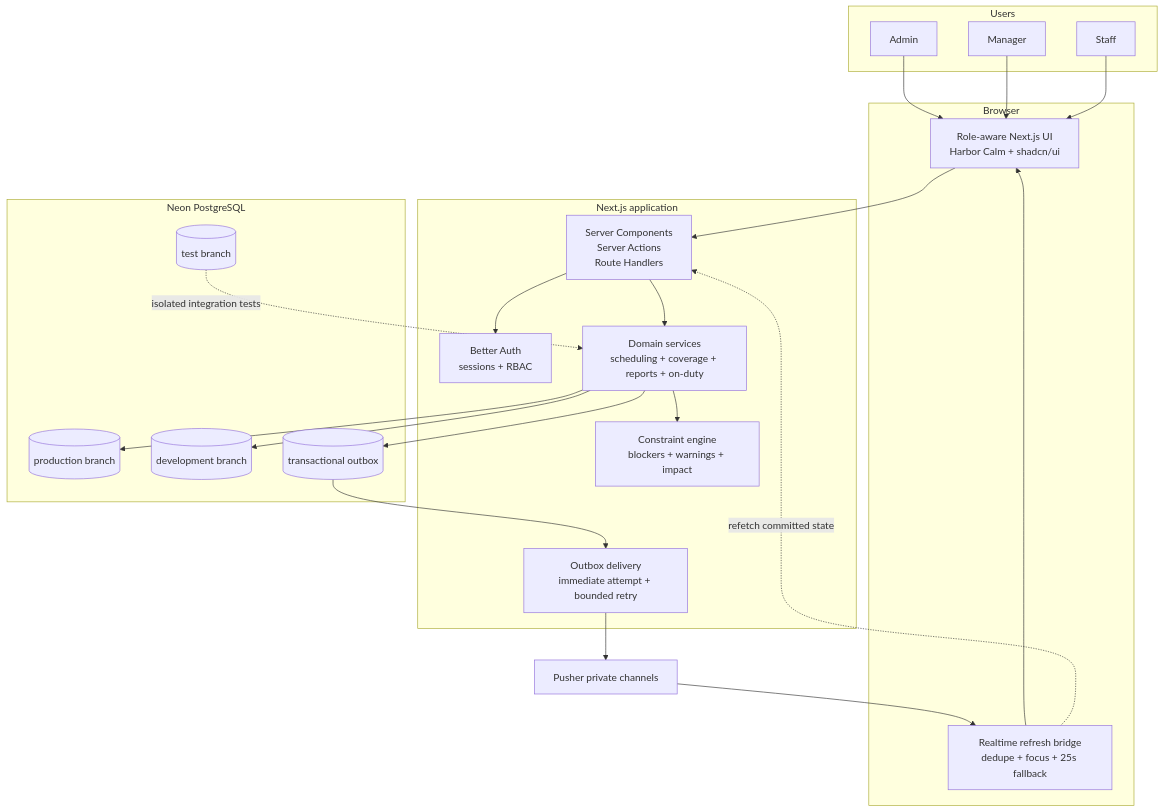
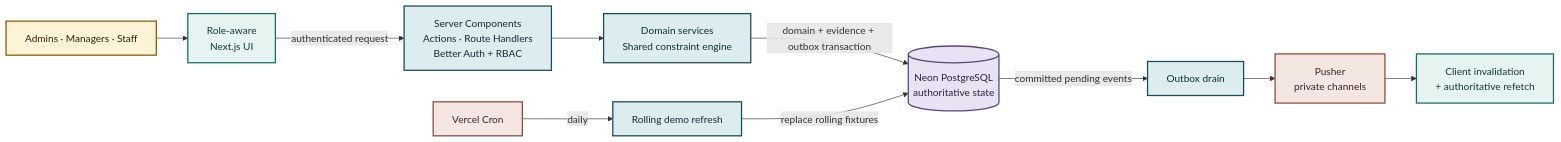
Before and after one commit to mbeka02/ShiftSync: the first of 4 diagrams in README.md, drawn with Mermaid. The commit also changed other lines of this file and 34 other files, not shown here.

````diff
--- a/README.md
+++ b/README.md
@@ -74,47 +79,35 @@
 ```mermaid
-flowchart TB
-    subgraph Users
-        Admin[Admin]
-        Manager[Manager]
-        Staff[Staff]
-    end
+flowchart LR
+    People["Admins · Managers · Staff"]
+    UI["Role-aware<br/>Next.js UI"]
+    Entry["Server Components<br/>Actions · Route Handlers<br/>Better Auth + RBAC"]
+    Domain["Domain services<br/>Shared constraint engine"]
+    Neon[("Neon PostgreSQL<br/>authoritative state")]
+    Delivery["Outbox drain"]
+    Pusher["Pusher<br/>private channels"]
+    Refresh["Client invalidation<br/>+ authoritative refetch"]
+    Cron["Vercel Cron"]
+    Demo["Rolling demo refresh"]
 
-    subgraph Browser
-        UI[Role-aware Next.js UI<br/>Harbor Calm + shadcn/ui]
-        Refresh[Realtime refresh bridge<br/>dedupe + focus + 25s fallback]
-    end
+    People --> UI
+    UI -->|"authenticated request"| Entry
+    Entry --> Domain
+    Domain -->|"domain + evidence + outbox transaction"| Neon
+    Neon -->|"committed pending events"| Delivery
+    Delivery --> Pusher
+    Pusher --> Refresh
+    Cron -->|"daily"| Demo
+    Demo -->|"replace rolling fixtures"| Neon
 
-    subgraph Application[Next.js application]
-        Entry[Server Components<br/>Server Actions<br/>Route Handlers]
-        Auth[Better Auth<br/>sessions + RBAC]
-        Domain[Domain services<br/>scheduling + coverage + reports + on-duty]
-        Constraints[Constraint engine<br/>blockers + warnings + impact]
-        Drain[Outbox delivery<br/>immediate attempt + bounded retry]
-    end
+    classDef actor fill:#FFF4D6,stroke:#8A5A00,stroke-width:2px,color:#2B2118
+    classDef client fill:#E5F3F1,stroke:#176B68,stroke-width:2px,color:#123B3A
+    classDef application fill:#DCECEF,stroke:#164C5A,stroke-width:2px,color:#102F38
+    classDef data fill:#E8E2F2,stroke:#594778,stroke-width:2px,color:#2B2340
+    classDef external fill:#F4E7E2,stroke:#8A4B3A,stroke-width:2px,color:#41231C
 
-    subgraph Neon[Neon PostgreSQL]
-        Production[(production branch)]
-        Development[(development branch)]
-        Test[(test branch)]
-        Outbox[(transactional outbox)]
-    end
-
-    Pusher[Pusher private channels]
-
-    Admin --> UI
-    Manager --> UI
-    Staff --> UI
-    UI --> Entry
-    Entry --> Auth
-    Entry --> Domain
-    Domain --> Constraints
-    Domain --> Development
-    Domain --> Production
-    Domain --> Outbox
-    Test -. isolated integration tests .-> Domain
-    Outbox --> Drain
-    Drain --> Pusher
-    Pusher --> Refresh
-    Refresh --> UI
-    Refresh -. refetch committed state .-> Entry
+    class People actor
+    class UI,Refresh client
+    class Entry,Domain,Delivery,Demo application
+    class Neon data
+    class Pusher,Cron external
 ```
````
